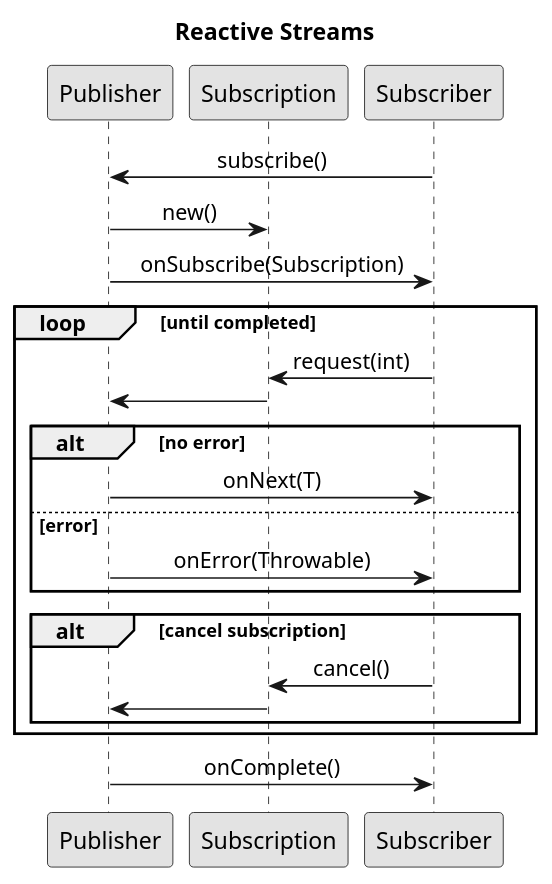
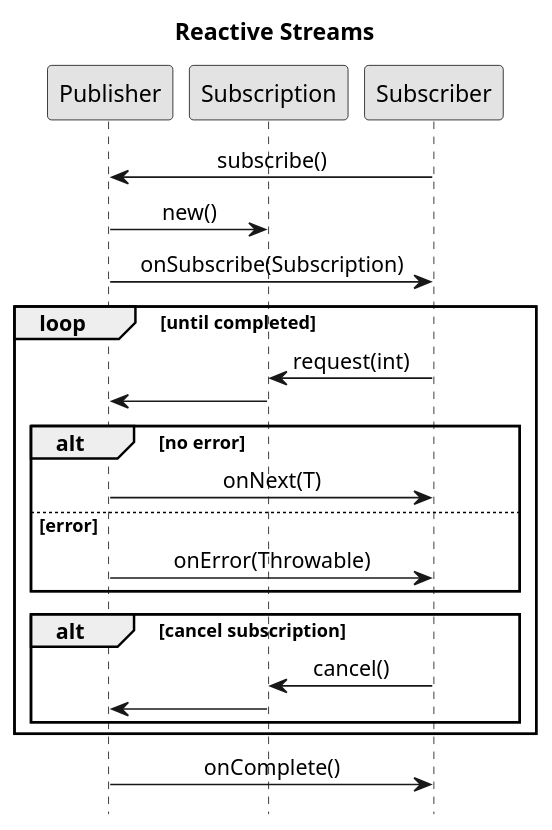
One commit to ti-cortex-m4/demo-java-reactive-streams-old changed the diagram in images/diagram1.puml. Above: the diagram before and after it, drawn with PlantUML.

```diff
--- a/images/diagram1.puml
+++ b/images/diagram1.puml
@@ -1,49 +1,49 @@
 @startuml
 
 scale 1.1
 title Reactive Streams
-'hide footbox
+hide footbox
 skinparam monochrome true
 'skinparam defaultFontName Source Sans Pro
 'skinparam titleFontSize 15
 skinparam sequenceMessageAlign center
 
 'skinparam sequence {
 'ArrowColor black
 'ActorBorderColor black
 'LifeLineBorderColor black
 'LifeLineBackgroundColor black
 '
 'ParticipantBorderColor black
 'ParticipantBackgroundColor white
 'ParticipantFontColor black
 '}
 
 participant Publisher
 participant Subscription
 participant Subscriber
 
 Subscriber -> Publisher : subscribe()
 Publisher -> Subscription : new()
 Publisher -> Subscriber : onSubscribe(Subscription)
 
 loop until completed
 Subscriber -> Subscription : request(int)
 Subscription -> Publisher
 
 alt no error
 Publisher -> Subscriber : onNext(T)
 else error
 Publisher -> Subscriber : onError(Throwable)
 end
 
 alt cancel subscription
 Subscriber -> Subscription : cancel()
 Subscription -> Publisher
 end
 
 end
 
 Publisher -> Subscriber : onComplete()
 
 @enduml
```
